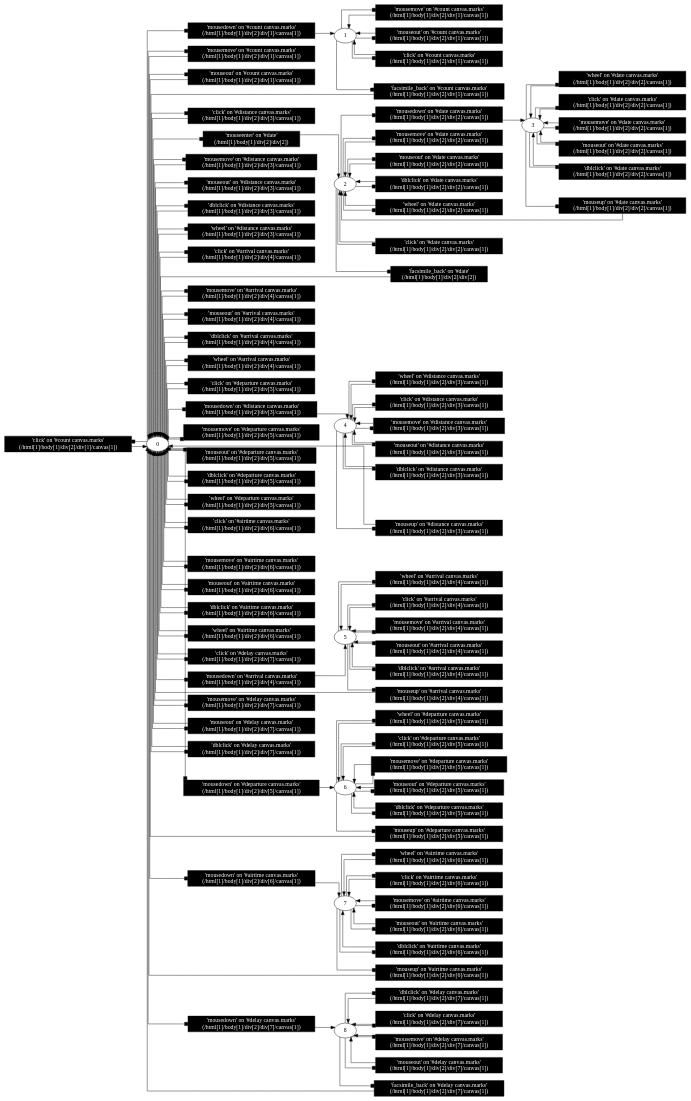
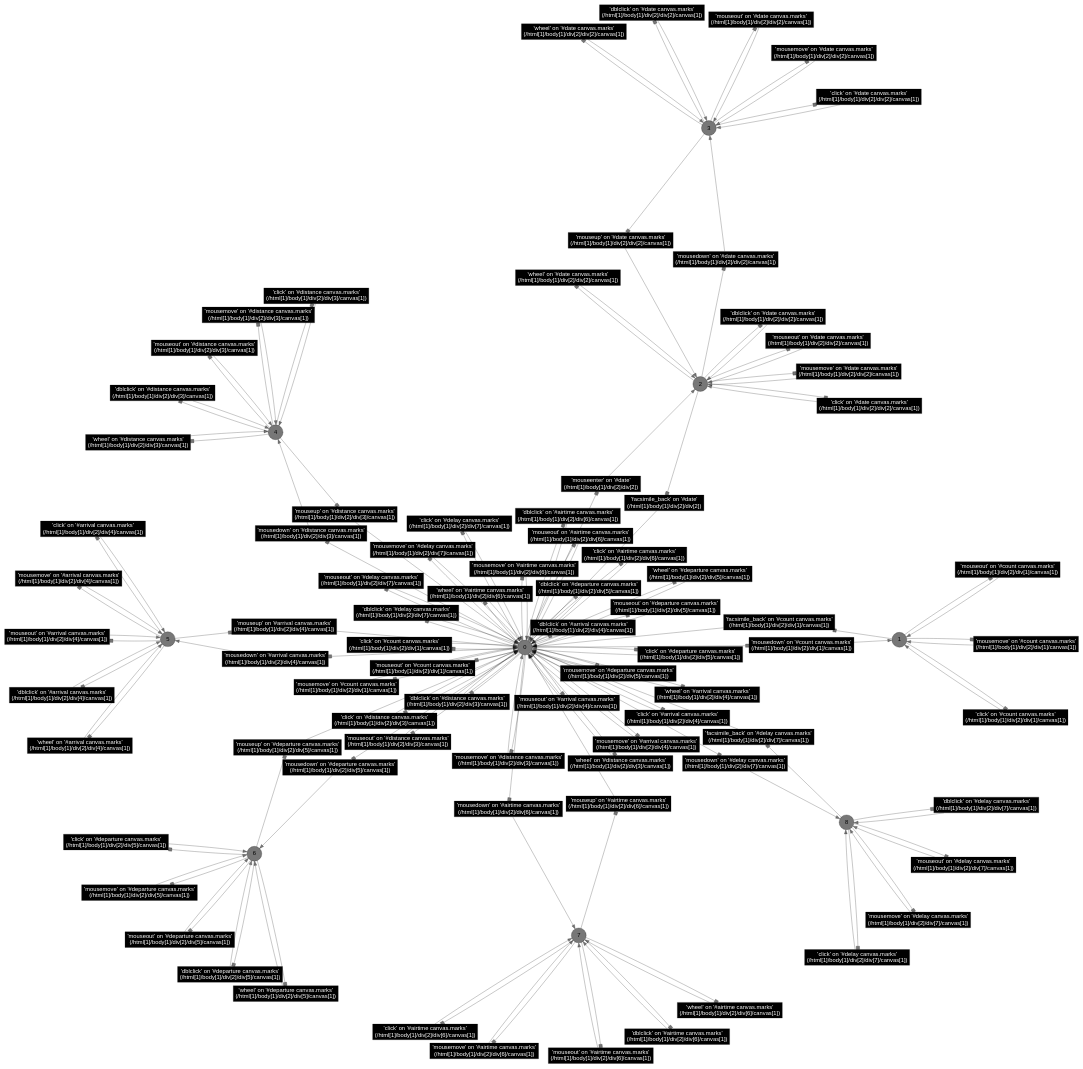
The diagram in static/files/statechartGV/falcon.gv (MatteoFilosa/TraVIS), drawn with Graphviz before and after one commit. The commit also changed 1 other file, not shown here.

```diff
--- a/static/files/statechartGV/falcon.gv
+++ b/static/files/statechartGV/falcon.gv
@@ -1,7 +1,26 @@
 digraph G {
 
-	rankdir="LR";
-	splines=ortho;
+	graph [
+		layout = neato
+		labelloc = b
+		fontname = "Helvetica,Arial,sans-serif"
+		start = regular
+		normalize = 0
+		overlap= prism;  // or scalexy, scale, prism, ortho, or compress
+
+	]
+	node [
+		shape = circle
+		style = filled
+		color = "#00000088"
+		fontname = "Helvetica,Arial,sans-serif"
+
+	]
+	edge [
+		len = 1
+		color = "#00000088"
+		fontname = "Helvetica,Arial,sans-serif"
+	]
 
 	E0 [label="'click' on '#count canvas.marks'\n(/html[1]/body[1]/div[2]/div[1]/canvas[1])", shape="box", style="filled", fillcolor="#000000", fontcolor="#FFFFFF"];
 	0 -> E0 [arrowhead="box"];
```
